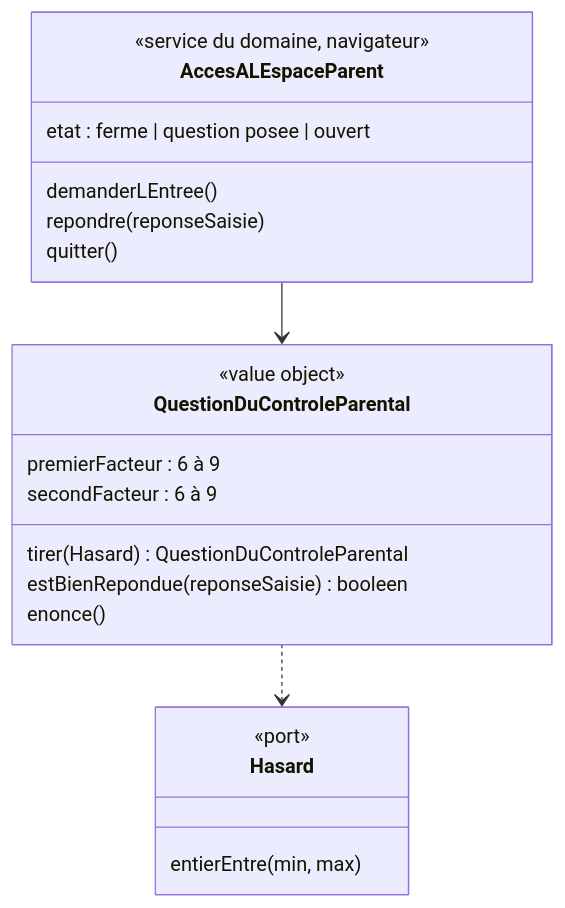
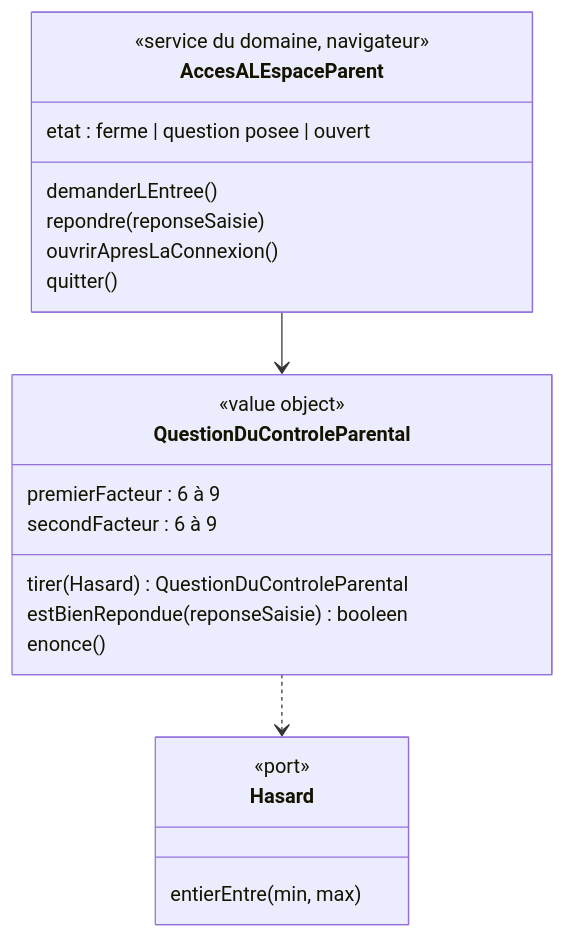
Before and after one commit to SBA-dev/github-move: the diagram in docs/stories/10/domain-model.md, drawn with Mermaid. The commit also changed other lines of this file and 14 other files, not shown here.

````diff
--- a/docs/stories/10/domain-model.md
+++ b/docs/stories/10/domain-model.md
@@ -35,24 +35,25 @@
 ```mermaid
 classDiagram
   class QuestionDuControleParental {
     <<value object>>
     premierFacteur : 6 à 9
     secondFacteur : 6 à 9
     tirer(Hasard) QuestionDuControleParental
     estBienRepondue(reponseSaisie) booleen
     enonce()
   }
   class AccesALEspaceParent {
     <<service du domaine, navigateur>>
     etat : ferme | question posee | ouvert
     demanderLEntree()
     repondre(reponseSaisie)
+    ouvrirApresLaConnexion()
     quitter()
   }
   class Hasard {
     <<port>>
     entierEntre(min, max)
   }
   AccesALEspaceParent --> QuestionDuControleParental
   QuestionDuControleParental ..> Hasard
 ```
````
